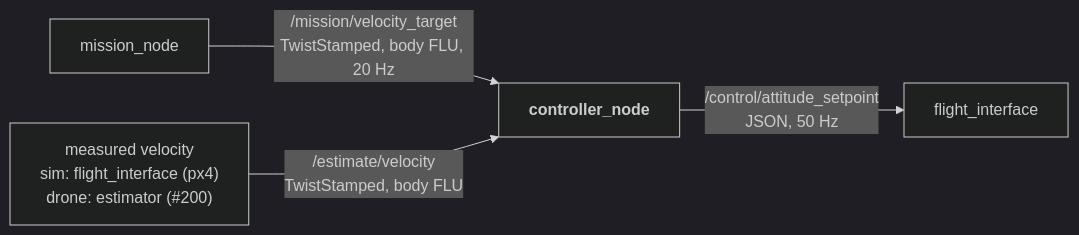
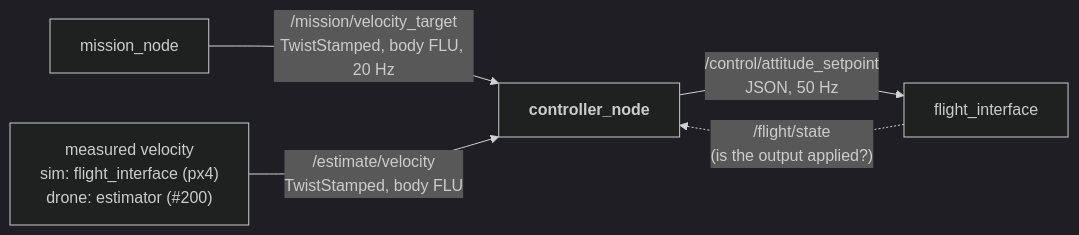
The diagram in docs/PraticalPlan/06 Gestures/07 Controller Node.md (SEAME-pt/SEA-ME_Team1_ROSRangers), drawn with Mermaid (dark theme) before and after one commit. The commit also changed other lines of this file and 7 other files, not shown here.

````diff
--- a/docs/PraticalPlan/06 Gestures/07 Controller Node.md
+++ b/docs/PraticalPlan/06 Gestures/07 Controller Node.md
@@ -33,6 +33,7 @@
 ```mermaid
 flowchart LR
   M[mission_node] -->|"/mission/velocity_target<br/>TwistStamped, body FLU, 20 Hz"| C["<b>controller_node</b>"]
   E["measured velocity<br/>sim: flight_interface (px4)<br/>drone: estimator (#200)"] -->|"/estimate/velocity<br/>TwistStamped, body FLU"| C
   C -->|"/control/attitude_setpoint<br/>JSON, 50 Hz"| FI[flight_interface]
+  FI -.->|"/flight/state<br/>(is the output applied?)"| C
 ```
````
